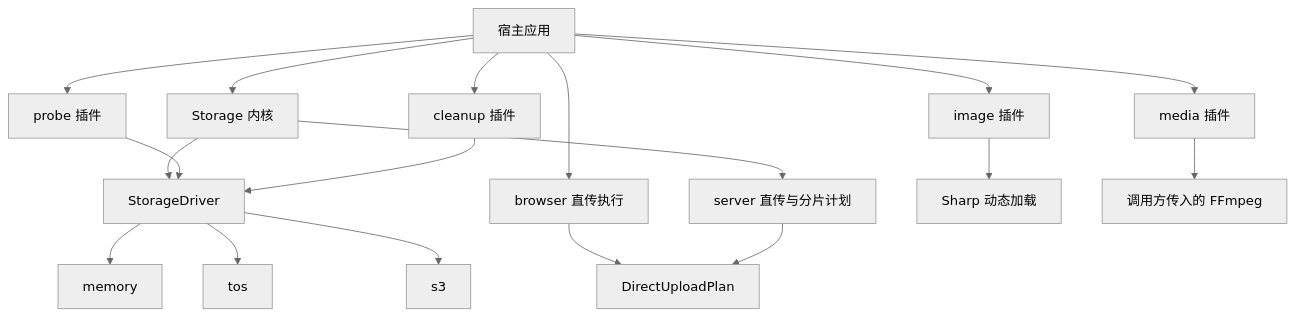
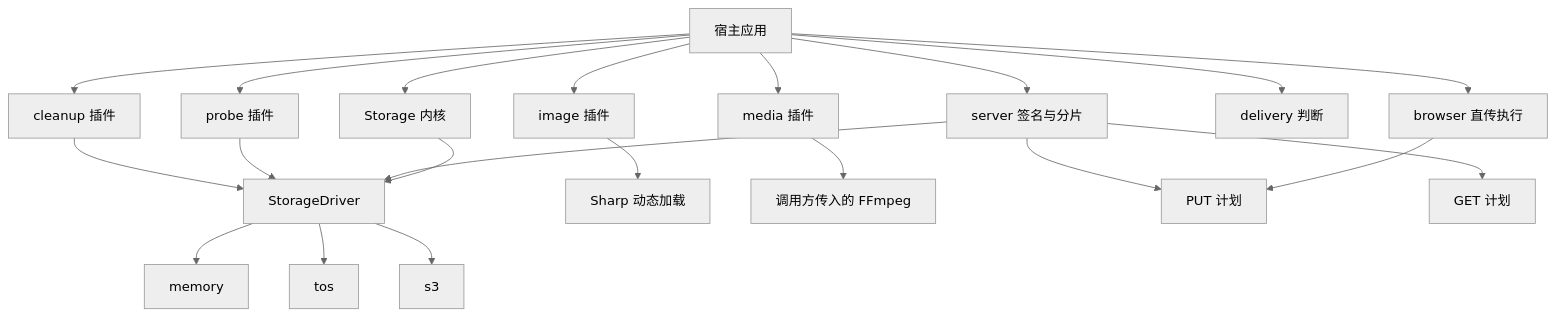
One commit to ByteFluffy/object-storage changed the first of 5 diagrams in docs/architecture.md. Above: the diagram before and after it, drawn with Mermaid (neutral theme). The commit also changed other lines of this file, not shown here.

First line of the commit message:
docs: show GET plans and delivery decisions in the architecture

````diff
--- a/docs/architecture.md
+++ b/docs/architecture.md
@@ -7,23 +7,26 @@
 ```mermaid
 flowchart TB
   host[宿主应用]
   host --> storage[Storage 内核]
   host --> browser[browser 直传执行]
   host --> image[image 插件]
   host --> media[media 插件]
   host --> probe[probe 插件]
   host --> cleanup[cleanup 插件]
+  host --> delivery[delivery 判断]
+  host --> server[server 签名与分片]
 
   storage --> driver[StorageDriver]
   driver --> memory[memory]
   driver --> tos[tos]
   driver --> s3[s3]
-  storage --> server[server 直传与分片计划]
+  server --> driver
 
   image --> sharp[Sharp 动态加载]
   media --> ffmpeg[调用方传入的 FFmpeg]
   probe --> driver
   cleanup --> driver
-  browser --> plan[DirectUploadPlan]
-  server --> plan
+  browser --> putPlan[PUT 计划]
+  server --> putPlan
+  server --> getPlan[GET 计划]
 ```
````
